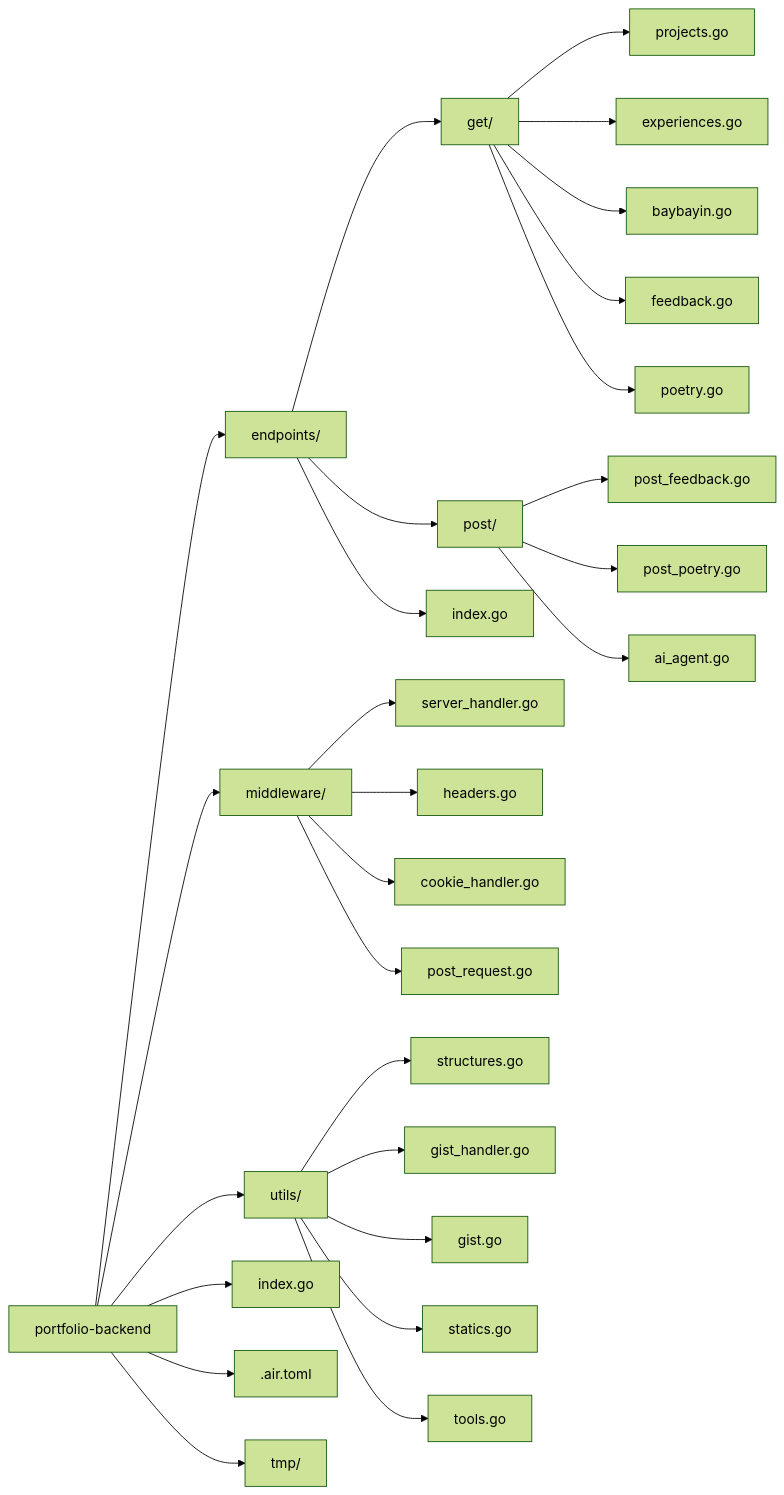
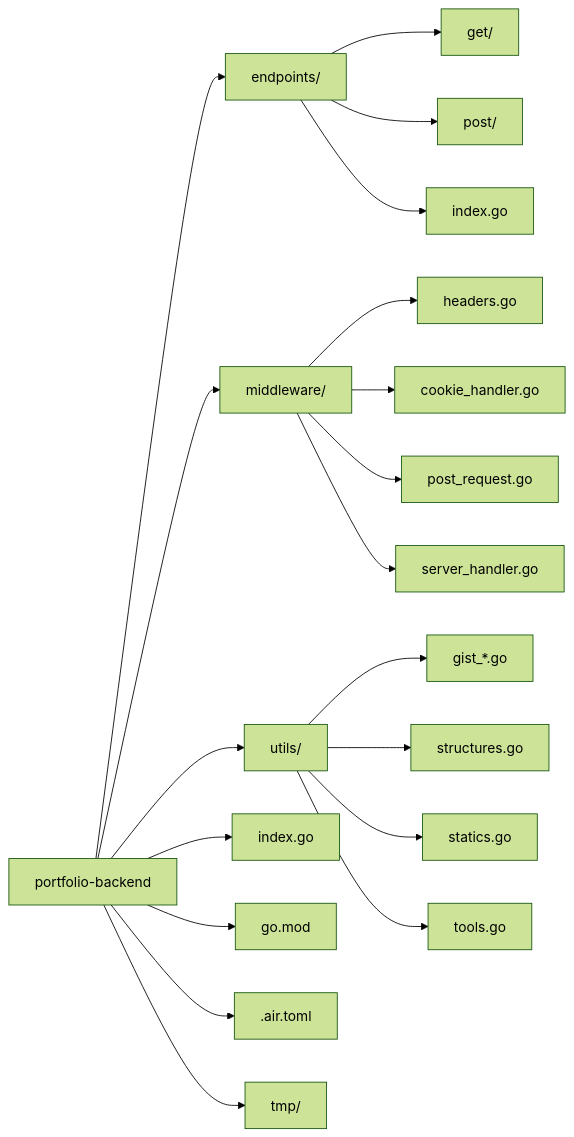
The second of 3 diagrams in README.md (RyannKim327/portfolio-backend), drawn with Mermaid (forest theme) before and after one commit. The commit also changed other lines of this file, not shown here.

Commit message:
03-15-26  6:48

````diff
--- a/README.md
+++ b/README.md
@@ -268,33 +278,25 @@
 ```mermaid
 flowchart LR
     A[portfolio-backend]
     A --> B[endpoints/]
     A --> C[middleware/]
     A --> D[utils/]
     A --> E[index.go]
-    A --> F[.air.toml]
-    A --> G[tmp/]
-    
+    A --> F[go.mod]
+    A --> G[.air.toml]
+    A --> H[tmp/]
+
     B --> B1[get/]
     B --> B2[post/]
     B --> B3[index.go]
-    B1 --> B1a[projects.go]
-    B1 --> B1b[experiences.go]
-    B1 --> B1c[baybayin.go]
-    B1 --> B1d[feedback.go]
-    B1 --> B1e[poetry.go]
-    B2 --> B2a[post_feedback.go]
-    B2 --> B2b[post_poetry.go]
-    B2 --> B2c[ai_agent.go]
-    
-    C --> C1[server_handler.go]
-    C --> C2[headers.go]
-    C --> C3[cookie_handler.go]
-    C --> C4[post_request.go]
-    
-    D --> D1[structures.go]
-    D --> D2[gist_handler.go]
-    D --> D3[gist.go]
-    D --> D4[statics.go]
-    D --> D5[tools.go]
+
+    C --> C1[headers.go]
+    C --> C2[cookie_handler.go]
+    C --> C3[post_request.go]
+    C --> C4[server_handler.go]
+
+    D --> D1[gist_*.go]
+    D --> D2[structures.go]
+    D --> D3[statics.go]
+    D --> D4[tools.go]
 ```
````
